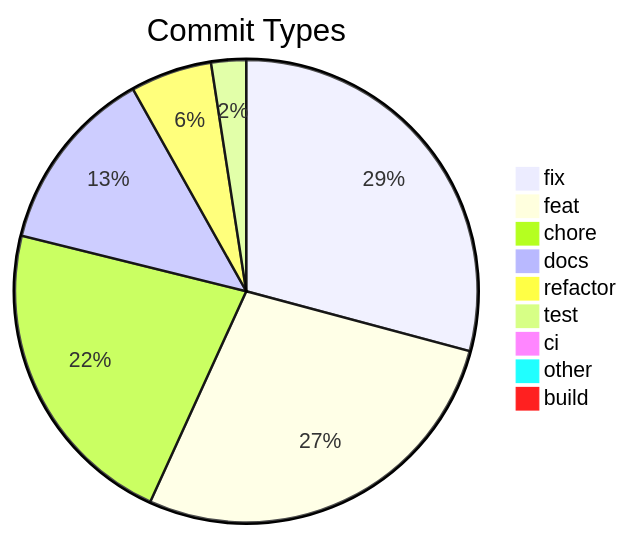
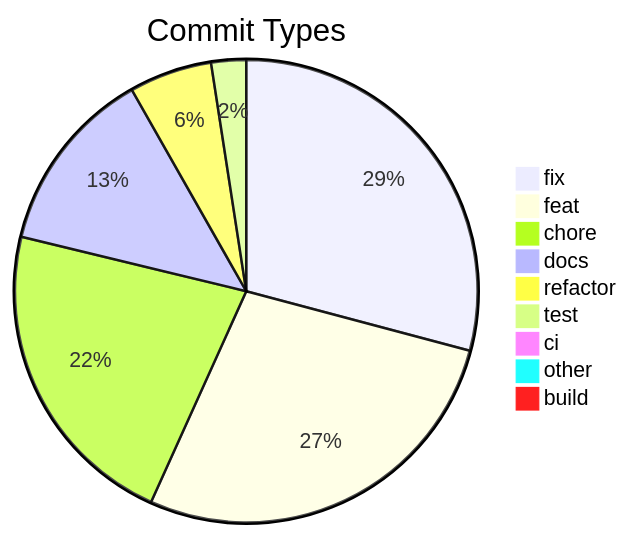
Before and after one commit to svenroth-ai/shipwright: the diagram in .shipwright/compliance/change-history.md, drawn with Mermaid. The commit also changed other lines of this file and 26 other files, not shown here.

````diff
--- a/.shipwright/compliance/change-history.md
+++ b/.shipwright/compliance/change-history.md
@@ -8,12 +8,12 @@
 ```mermaid
 pie title Commit Types
     "fix" : 287
     "feat" : 272
     "chore" : 217
     "docs" : 128
-    "refactor" : 56
+    "refactor" : 57
     "test" : 24
     "ci" : 7
     "other" : 7
     "build" : 1
 ```
````
